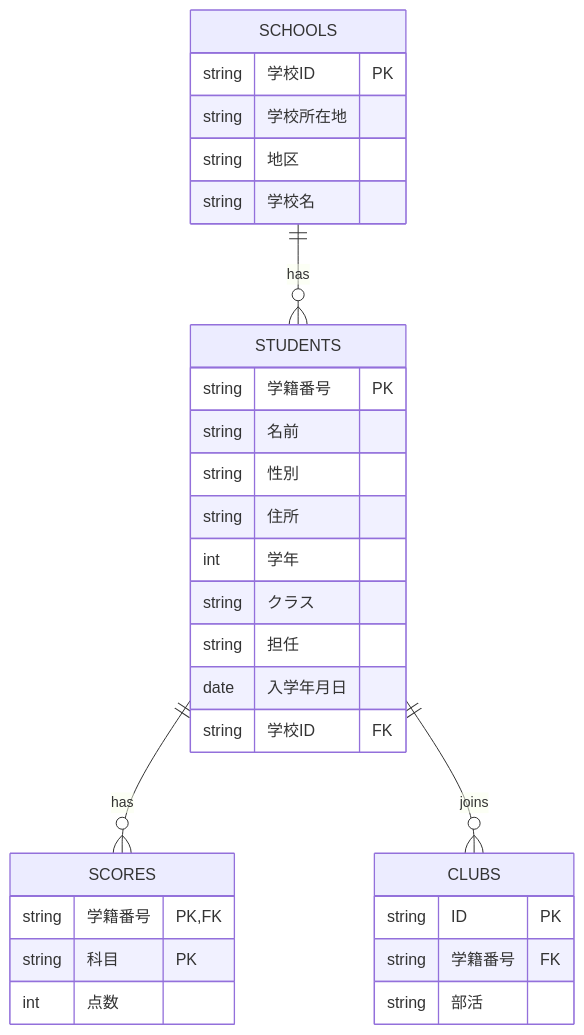
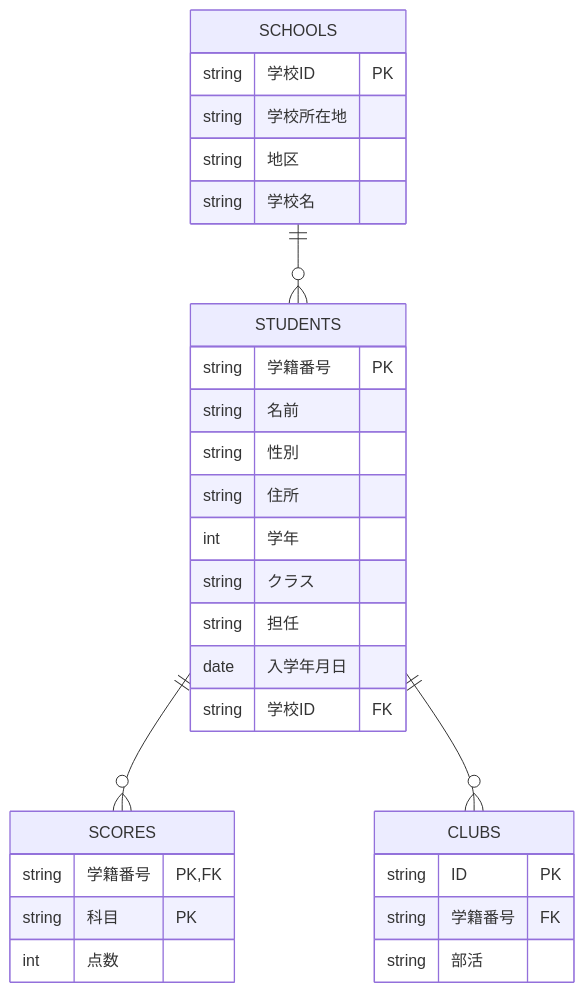
One commit to Eiichi-Suwa/mysql-sql-analysis changed the diagram in README.md. Above: the diagram before and after it, drawn with Mermaid.

Commit message:
・READMEのER図を修正

````diff
--- a/README.md
+++ b/README.md
@@ -55,34 +55,34 @@
 ```mermaid
 erDiagram
-  SCHOOLS ||--o{ STUDENTS : "has"
-  STUDENTS ||--o{ SCORES : "has"
-  STUDENTS ||--o{ CLUBS : "joins"
+  SCHOOLS ||--o{ STUDENTS : ""
+  STUDENTS ||--o{ SCORES : ""
+  STUDENTS ||--o{ CLUBS : ""
 
   SCHOOLS {
     string 学校ID PK
     string 学校所在地
     string 地区
     string 学校名
   }
   STUDENTS {
     string 学籍番号 PK
     string 名前
     string 性別
     string 住所
     int    学年
     string クラス
     string 担任
     date   入学年月日
     string 学校ID FK
   }
   SCORES {
     string 学籍番号 PK,FK
     string 科目   PK
     int    点数
   }
   CLUBS {
     string ID        PK
     string 学籍番号 FK
     string 部活
   }
 ```
````
